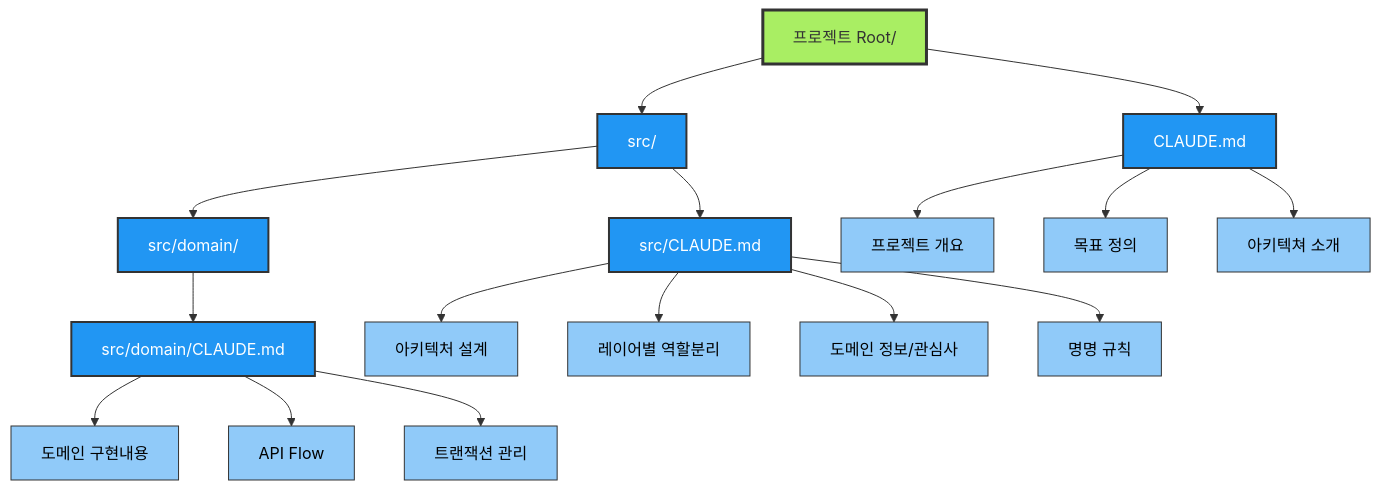
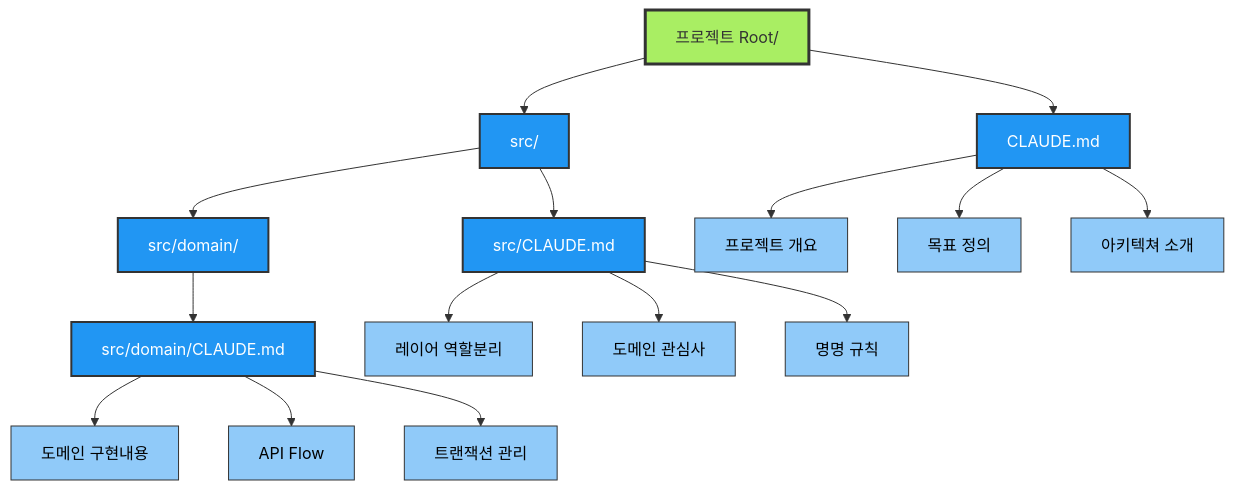
One commit to isinthesky/isinthesky changed the first of 3 diagrams in handover/ai-coding-presentation.md. Above: the diagram before and after it, drawn with Mermaid. The commit also changed other lines of this file, not shown here.

````diff
--- a/handover/ai-coding-presentation.md
+++ b/handover/ai-coding-presentation.md
@@ -192,29 +192,28 @@
 ```mermaid
 graph TD
     A[프로젝트 Root/] --> B[CLAUDE.md]
     A --> C[src/]
     C --> D[src/CLAUDE.md]
     C --> E[src/domain/]
     E --> F[src/domain/CLAUDE.md]
     
     B --> B1[프로젝트 개요]
     B --> B2[목표 정의]
     B --> B3[아키텍쳐 소개]
     
-    D --> D1[아키텍처 설계]
-    D --> D2[레이어별 역할분리]
-    D --> D3[도메인 정보/관심사]
-    D --> D4[명명 규칙]
+    D --> D1[레이어 역할분리]
+    D --> D2[도메인 관심사]
+    D --> D3[명명 규칙]
 
     F --> F1[도메인 구현내용]
     F --> F2[API Flow]
     F --> F3[트랜잭션 관리]
     
     classDef root fill:#a9ee63,stroke:#333,stroke-width:3px,color:#333
     classDef files fill:#2196f3,stroke:#333,stroke-width:2px,color:#fff
     classDef content fill:#90caf9,stroke:#333,stroke-width:1px,color:#000
     
     class A root
     class B,C,D,E,F files
     class B1,B2,B3,B4,D1,D2,D3,D4,F1,F2,F3 content
 ```
````
